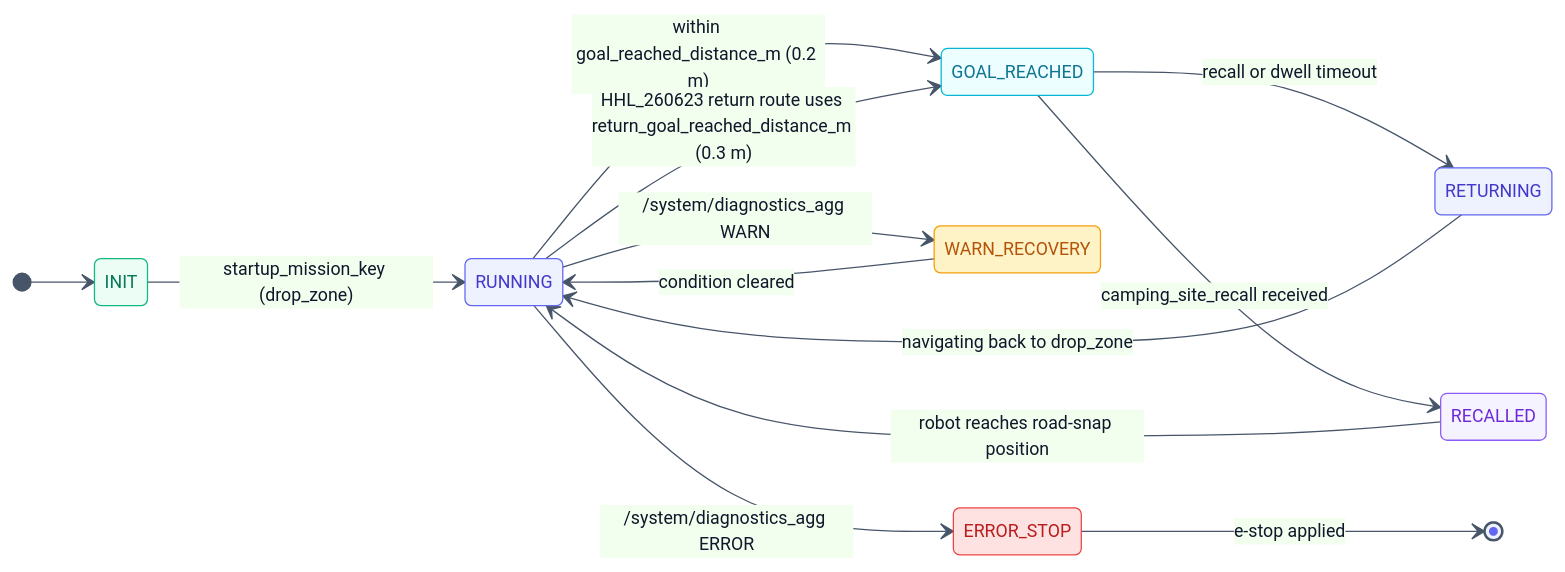
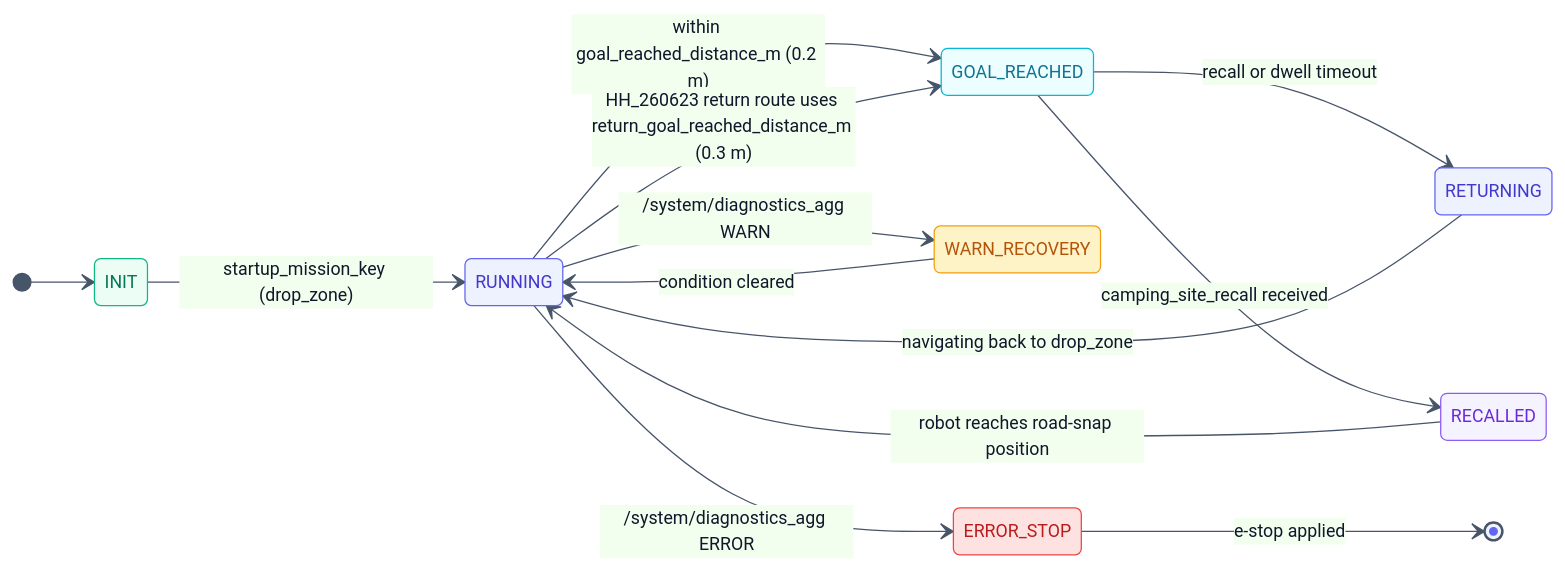
One commit to hwanhonglee/CAMROD changed the third of 4 diagrams in camrod_planning/README.md. Above: the diagram before and after it, drawn with Mermaid. The commit also changed other lines of this file and 160 other files, not shown here.

````diff
--- a/camrod_planning/README.md
+++ b/camrod_planning/README.md
@@ -411,32 +411,32 @@
 ```mermaid
 %%{init: {'theme': 'base', 'themeVariables': {'fontFamily': 'ui-sans-serif, system-ui, sans-serif', 'fontSize': '14px', 'primaryColor': '#EEF2FF', 'primaryTextColor': '#0F172A', 'primaryBorderColor': '#6366F1', 'lineColor': '#475569'}}}%%
 stateDiagram-v2
   direction LR
   classDef normal  fill:#ECFDF5,stroke:#10B981,color:#047857
   classDef running fill:#EEF2FF,stroke:#6366F1,color:#4338CA
   classDef reached fill:#ECFEFF,stroke:#06B6D4,color:#0E7490
   classDef recall  fill:#F5F3FF,stroke:#8B5CF6,color:#6D28D9
   classDef warn    fill:#FEF3C7,stroke:#F59E0B,color:#B45309
   classDef error   fill:#FEE2E2,stroke:#EF4444,color:#B91C1C
 
   [*] --> INIT
   INIT --> RUNNING : startup_mission_key (drop_zone)
   RUNNING --> GOAL_REACHED : within goal_reached_distance_m (0.2 m)
-  RUNNING --> GOAL_REACHED : HHL_260623 return route uses return_goal_reached_distance_m (0.3 m)
+  RUNNING --> GOAL_REACHED : HH_260623 return route uses return_goal_reached_distance_m (0.3 m)
   GOAL_REACHED --> RETURNING : recall or dwell timeout
   GOAL_REACHED --> RECALLED : camping_site_recall received
   RECALLED --> RUNNING : robot reaches road-snap position
   RETURNING --> RUNNING : navigating back to drop_zone
   RUNNING --> WARN_RECOVERY : /system/diagnostics_agg WARN
   RUNNING --> ERROR_STOP : /system/diagnostics_agg ERROR
   WARN_RECOVERY --> RUNNING : condition cleared
   ERROR_STOP --> [*] : e-stop applied
 
   class INIT normal
   class RUNNING running
   class GOAL_REACHED reached
   class RECALLED recall
   class RETURNING running
   class WARN_RECOVERY warn
   class ERROR_STOP error
 ```
````
